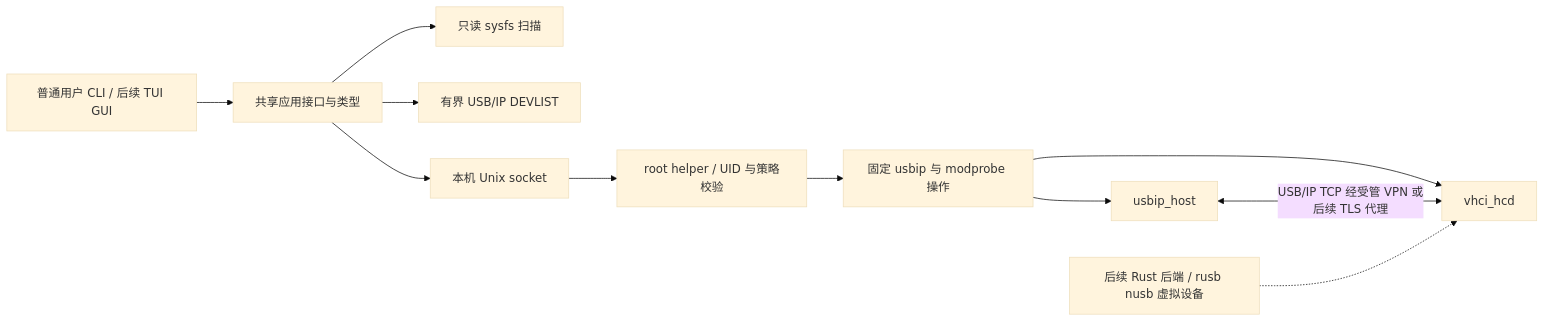
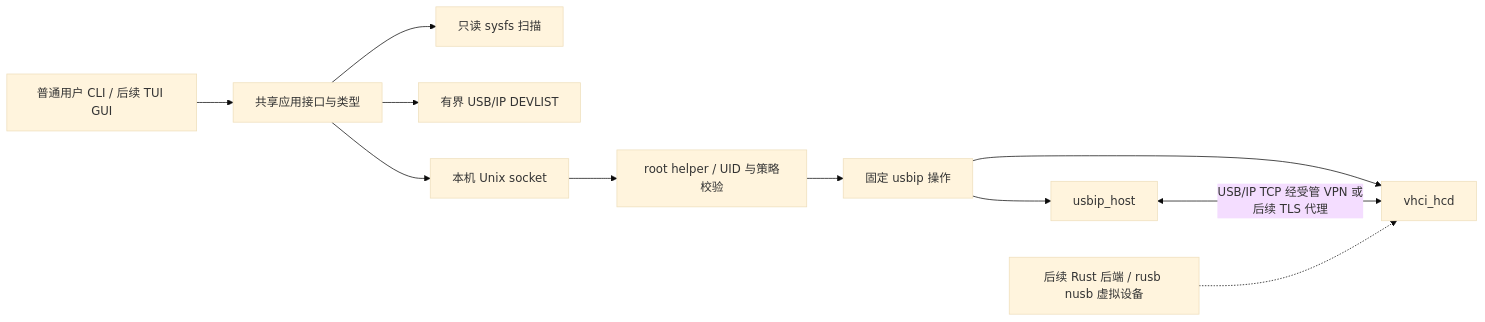
The diagram in docs/architecture.md (tiansongyu/usbip-client), drawn with Mermaid (base theme) before and after one commit. The commit also changed other lines of this file and 16 other files, not shown here.

````diff
--- a/docs/architecture.md
+++ b/docs/architecture.md
@@ -9,13 +9,13 @@
 ```mermaid
 flowchart LR
   CLI[普通用户 CLI / 后续 TUI GUI] --> Core[共享应用接口与类型]
   Core --> Scan[只读 sysfs 扫描]
   Core --> List[有界 USB/IP DEVLIST]
   Core --> IPC[本机 Unix socket]
   IPC --> Helper[root helper / UID 与策略校验]
-  Helper --> Native[固定 usbip 与 modprobe 操作]
+  Helper --> Native[固定 usbip 操作]
   Native --> Host[usbip_host]
   Native --> VHCI[vhci_hcd]
   Host <-->|USB/IP TCP 经受管 VPN 或后续 TLS 代理| VHCI
   Rust[后续 Rust 后端 / rusb nusb 虚拟设备] -.-> VHCI
 ```
````
